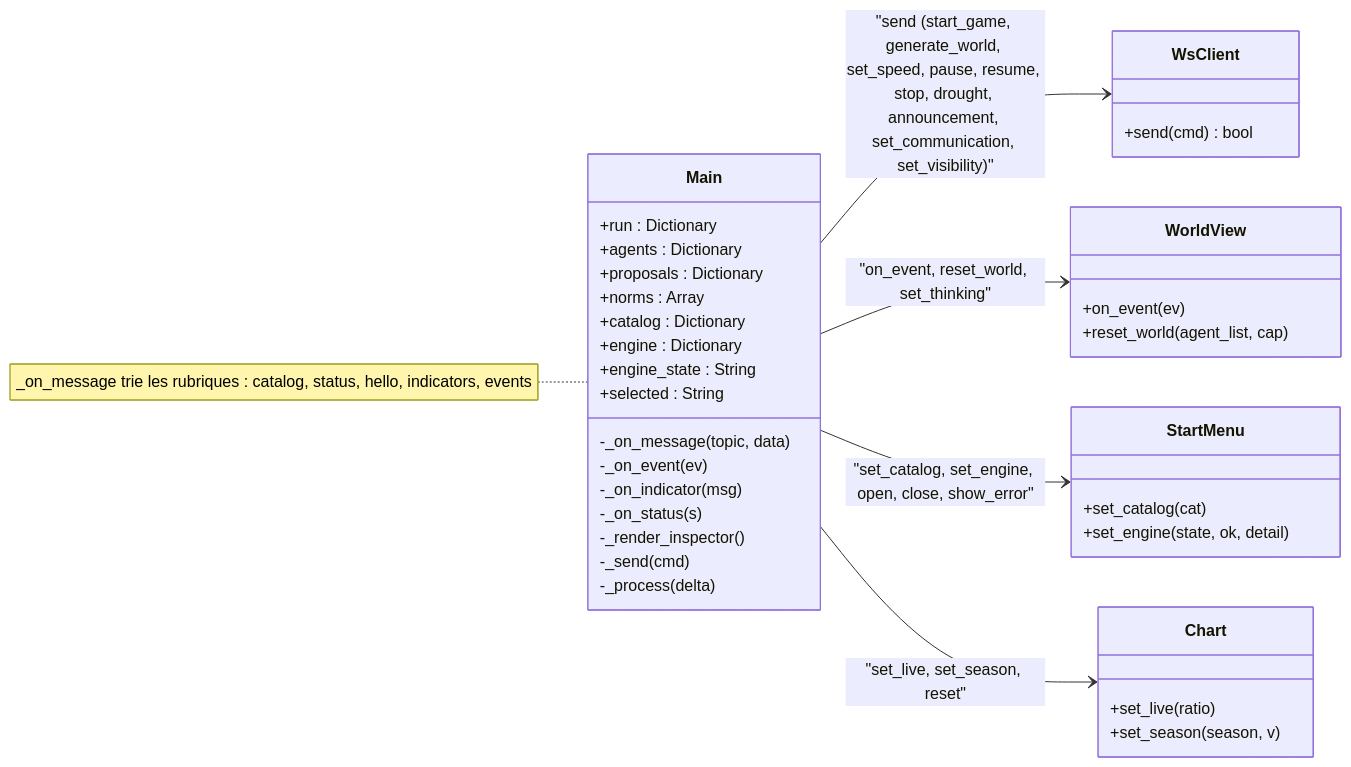
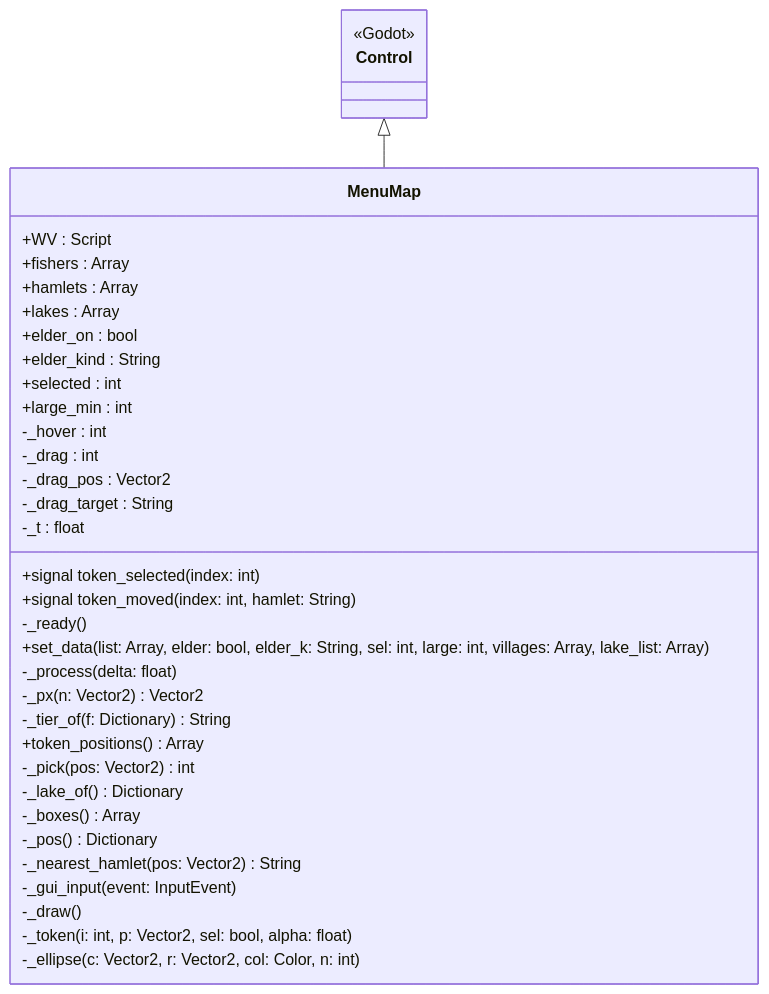
One commit to Romain-LM-Dev/Projet-Parcours---Filets-de-Vellmor changed the seventh of 36 diagrams in docs/uml/classes-godot.md. Above: the diagram before and after it, drawn with Mermaid. The commit also changed other lines of this file and 11 other files, not shown here.

Commit message:
Docs : diagrammes UML complets (97 : chaque classe avec tous ses attributs et méthodes, World et WorldView en vues par domaine, 8 scénarios en séquence et en communication, ~95 cas d'utilisation) ; index dans le README ; PDF régénéré (125 pages) et son script docs/uml/build_pdf.py

````diff
--- a/docs/uml/classes-godot.md
+++ b/docs/uml/classes-godot.md
@@ -166,41 +306,39 @@
 ```mermaid
 classDiagram
-    direction LR
-    class Main {
-        +run : Dictionary
-        +agents : Dictionary
-        +proposals : Dictionary
-        +norms : Array
-        +catalog : Dictionary
-        +engine : Dictionary
-        +engine_state : String
-        +selected : String
-        -_on_message(topic, data)
-        -_on_event(ev)
-        -_on_indicator(msg)
-        -_on_status(s)
-        -_render_inspector()
-        -_send(cmd)
-        -_process(delta)
+    class MenuMap {
+        +signal token_selected(index: int)
+        +signal token_moved(index: int, hamlet: String)
+        +WV : Script
+        +fishers : Array
+        +hamlets : Array
+        +lakes : Array
+        +elder_on : bool
+        +elder_kind : String
+        +selected : int
+        +large_min : int
+        -_hover : int
+        -_drag : int
+        -_drag_pos : Vector2
+        -_drag_target : String
+        -_t : float
+        -_ready()
+        +set_data(list: Array, elder: bool, elder_k: String, sel: int, large: int, villages: Array, lake_list: Array)
+        -_process(delta: float)
+        -_px(n: Vector2) Vector2
+        -_tier_of(f: Dictionary) String
+        +token_positions() Array
+        -_pick(pos: Vector2) int
+        -_lake_of() Dictionary
+        -_boxes() Array
+        -_pos() Dictionary
+        -_nearest_hamlet(pos: Vector2) String
+        -_gui_input(event: InputEvent)
+        -_draw()
+        -_token(i: int, p: Vector2, sel: bool, alpha: float)
+        -_ellipse(c: Vector2, r: Vector2, col: Color, n: int)
     }
-    class WsClient {
-        +send(cmd) bool
+    Control <|-- MenuMap
+    class Control {
+        <<Godot>>
     }
-    class WorldView {
-        +on_event(ev)
-        +reset_world(agent_list, cap)
-    }
-    class StartMenu {
-        +set_catalog(cat)
-        +set_engine(state, ok, detail)
-    }
-    class Chart {
-        +set_live(ratio)
-        +set_season(season, v)
-    }
-    Main --> WsClient : "send (start_game, generate_world, set_speed, pause, resume, stop, drought, announcement, set_communication, set_visibility)"
-    Main --> WorldView : "on_event, reset_world, set_thinking"
-    Main --> StartMenu : "set_catalog, set_engine, open, close, show_error"
-    Main --> Chart : "set_live, set_season, reset"
-    note for Main "_on_message trie les rubriques : catalog, status, hello, indicators, events"
 ```
````
